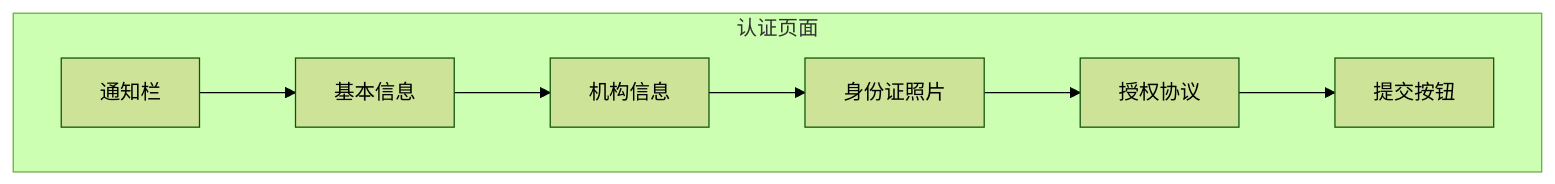
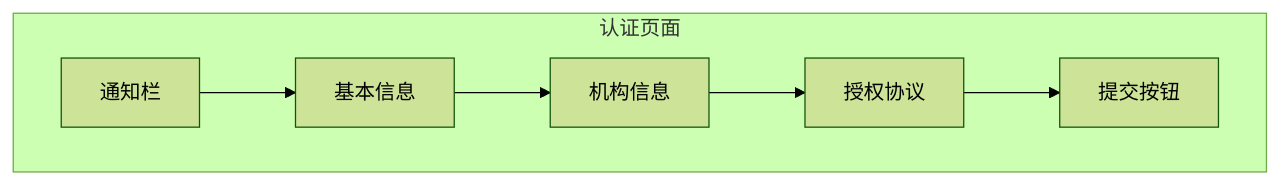
Before and after one commit to Giraffe-Han/microAPP: the eighth of 18 diagrams in .qoder/repowiki/zh/content/业务功能模块/医疗配送模块功能设计.md, drawn with Mermaid (forest theme). The commit also changed other lines of this file and 143 other files, not shown here.

````diff
--- a/.qoder/repowiki/zh/content/业务功能模块/医疗配送模块功能设计.md
+++ b/.qoder/repowiki/zh/content/业务功能模块/医疗配送模块功能设计.md
@@ -445,16 +443,14 @@
 ```mermaid
 graph TB
 subgraph "认证页面"
 Notice[通知栏]
 BasicInfo[基本信息]
 OrgInfo[机构信息]
-IDPhoto[身份证照片]
 Agreement[授权协议]
 Submit[提交按钮]
 end
 Notice --> BasicInfo
 BasicInfo --> OrgInfo
-OrgInfo --> IDPhoto
-IDPhoto --> Agreement
+OrgInfo --> Agreement
 Agreement --> Submit
 ```
````
